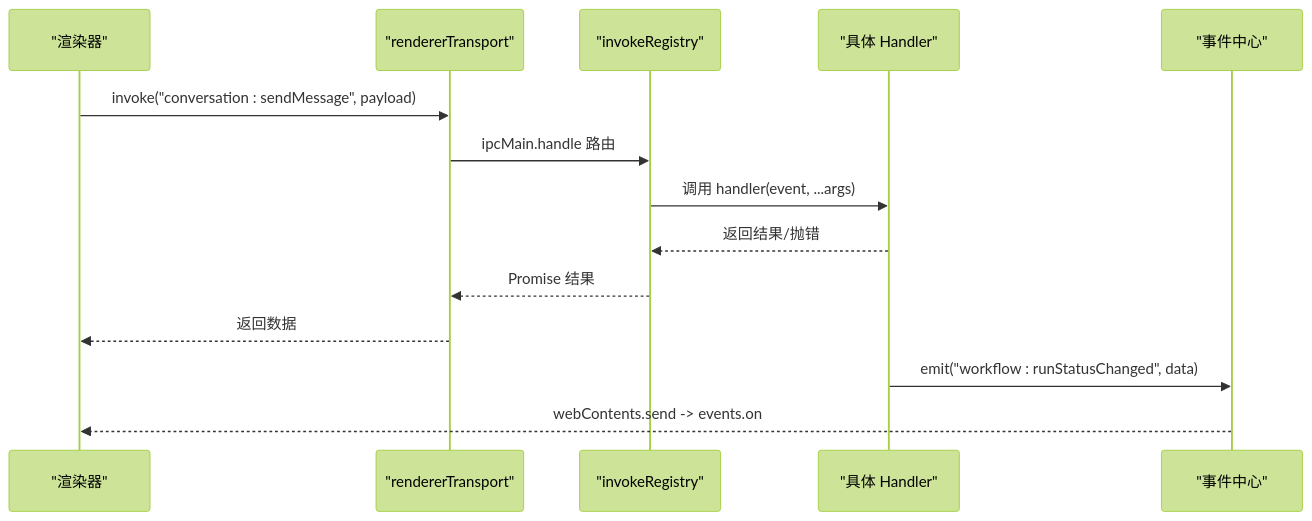
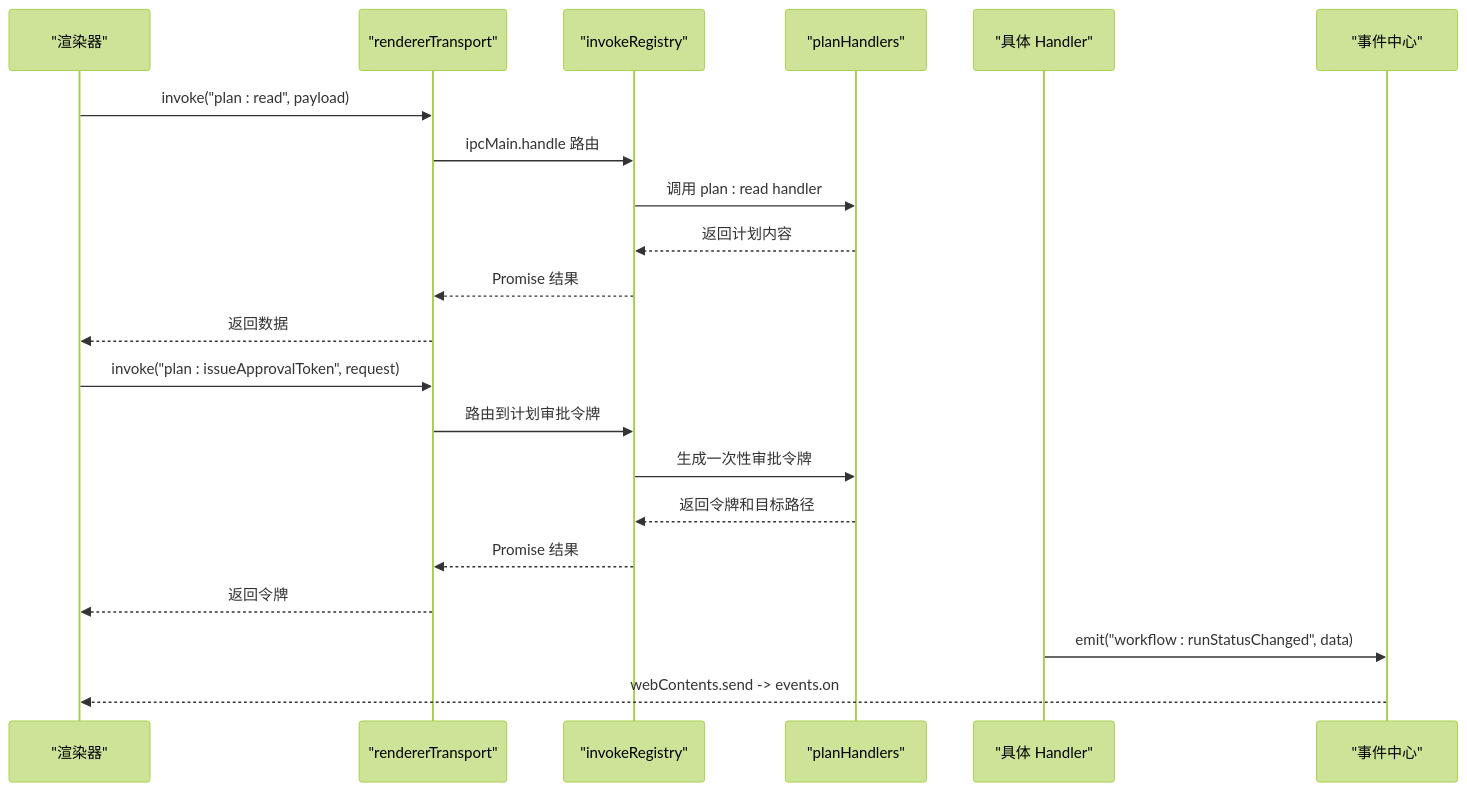
Before and after one commit to haolange/RDC-Agent: the fifth of 9 diagrams in .qoder/repowiki/zh/content/架构设计/渲染器架构/IPC 通信.md, drawn with Mermaid (forest theme). The commit also changed other lines of this file and 208 other files, not shown here.

````diff
--- a/.qoder/repowiki/zh/content/架构设计/渲染器架构/IPC 通信.md
+++ b/.qoder/repowiki/zh/content/架构设计/渲染器架构/IPC 通信.md
@@ -209,16 +236,23 @@
 ```mermaid
 sequenceDiagram
 participant R as "渲染器"
 participant T as "rendererTransport"
 participant M as "invokeRegistry"
+participant P as "planHandlers"
 participant H as "具体 Handler"
 participant E as "事件中心"
-R->>T : invoke("conversation : sendMessage", payload)
+R->>T : invoke("plan : read", payload)
 T->>M : ipcMain.handle 路由
-M->>H : 调用 handler(event, ...args)
-H-->>M : 返回结果/抛错
+M->>P : 调用 plan : read handler
+P-->>M : 返回计划内容
 M-->>T : Promise 结果
 T-->>R : 返回数据
+R->>T : invoke("plan : issueApprovalToken", request)
+T->>M : 路由到计划审批令牌
+M->>P : 生成一次性审批令牌
+P-->>M : 返回令牌和目标路径
+M-->>T : Promise 结果
+T-->>R : 返回令牌
 H->>E : emit("workflow : runStatusChanged", data)
 E-->>R : webContents.send -> events.on
 ```
````
